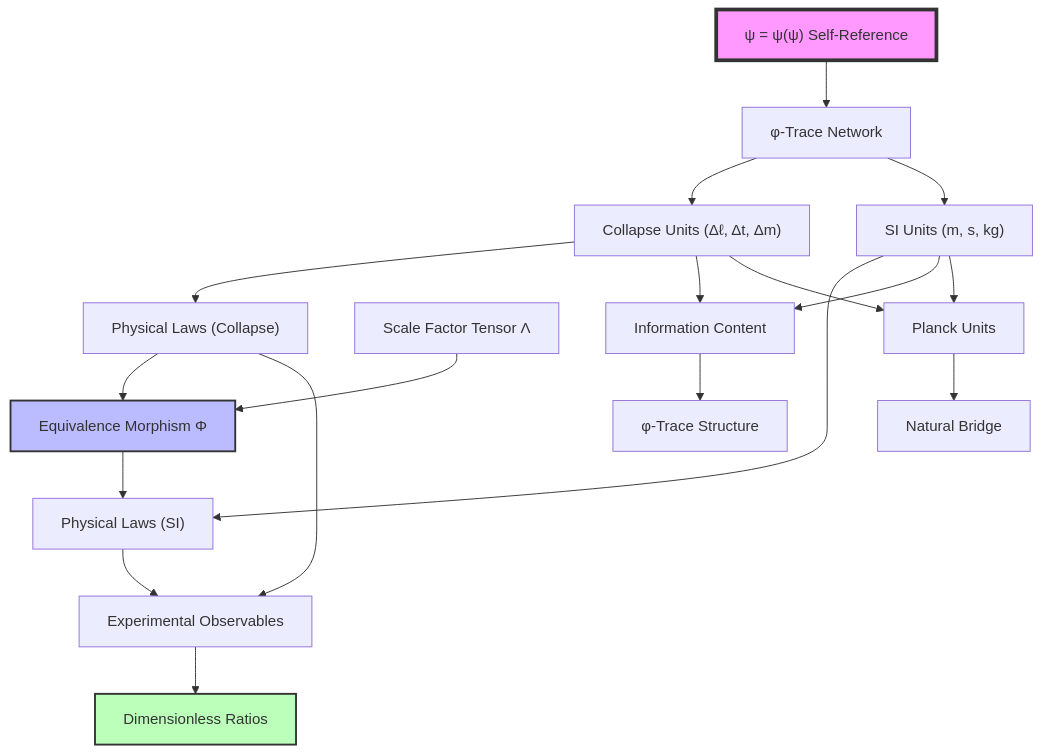
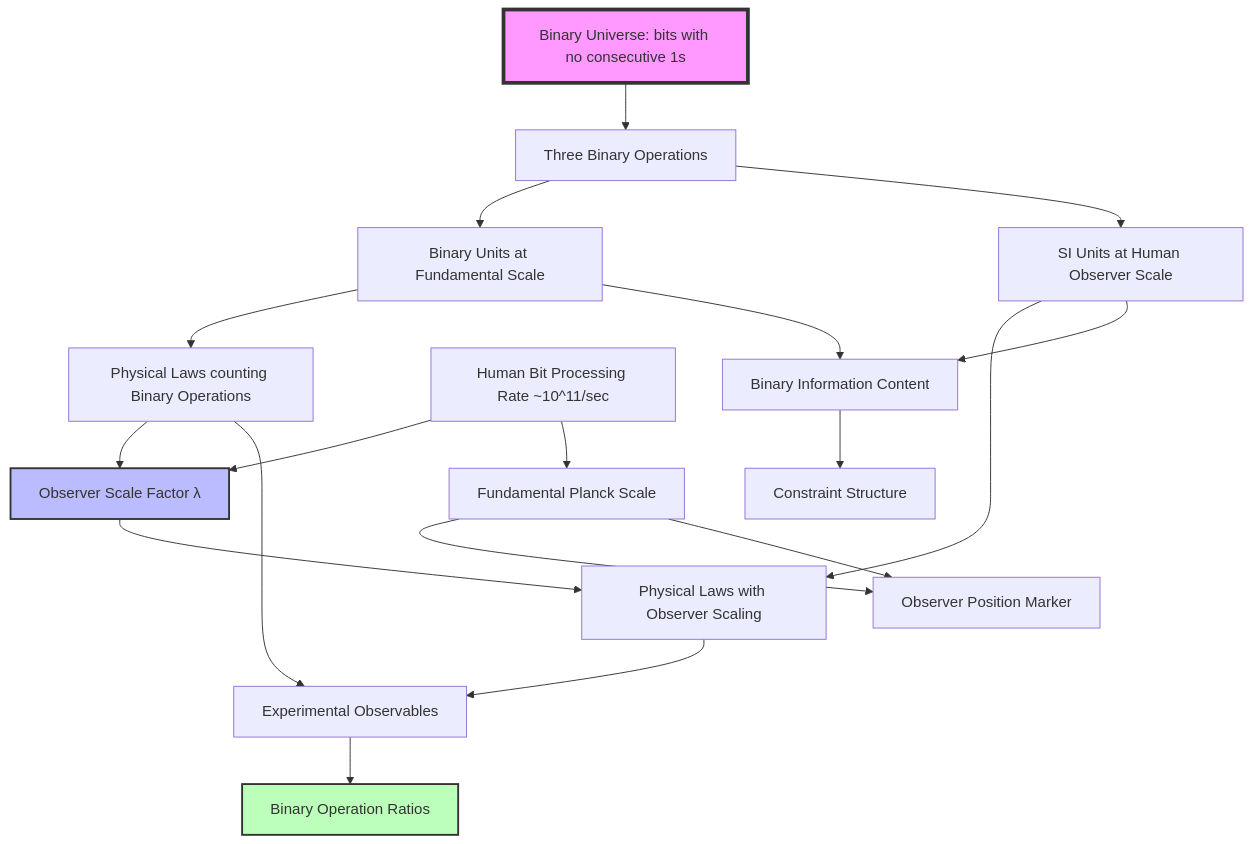
One commit to loning/the-phys changed the diagram in docs/psi-constants/part-02-collapse-si-equivalence/chapter-019-equivalence-theorem-between-collapse-and-si.md. Above: the diagram before and after it, drawn with Mermaid. The commit also changed other lines of this file and 3 other files, not shown here.

````diff
--- a/docs/psi-constants/part-02-collapse-si-equivalence/chapter-019-equivalence-theorem-between-collapse-and-si.md
+++ b/docs/psi-constants/part-02-collapse-si-equivalence/chapter-019-equivalence-theorem-between-collapse-and-si.md
@@ -238,30 +275,30 @@
 ```mermaid
 graph TD
-    A["ψ = ψ(ψ) Self-Reference"] --> B["φ-Trace Network"]
-    B --> C["Collapse Units (Δℓ, Δt, Δm)"]
-    B --> D["SI Units (m, s, kg)"]
+    A[Binary Universe: bits with no consecutive 1s] --> B[Three Binary Operations]
+    B --> C[Binary Units at Fundamental Scale]
+    B --> D[SI Units at Human Observer Scale]
     
-    C --> E["Physical Laws (Collapse)"]
-    D --> F["Physical Laws (SI)"]
+    C --> E[Physical Laws counting Binary Operations]
+    D --> F[Physical Laws with Observer Scaling]
     
-    G["Scale Factor Tensor Λ"] --> H["Equivalence Morphism Φ"]
+    G[Human Bit Processing Rate ~10^11/sec] --> H[Observer Scale Factor λ]
     
     E --> H
     H --> F
     
-    I["Experimental Observables"] --> J["Dimensionless Ratios"]
+    I[Experimental Observables] --> J[Binary Operation Ratios]
     E --> I
     F --> I
     
-    K["Information Content"] --> L["φ-Trace Structure"]
+    K[Binary Information Content] --> L[Constraint Structure]
     C --> K
     D --> K
     
-    M["Planck Units"] --> N["Natural Bridge"]
-    C --> M
-    D --> M
+    M[Fundamental Planck Scale] --> N[Observer Position Marker]
+    G --> M
+    M --> N
     
     style A fill:#f9f,stroke:#333,stroke-width:4px
     style H fill:#bbf,stroke:#333,stroke-width:2px
     style J fill:#bfb,stroke:#333,stroke-width:2px
 ```
````
